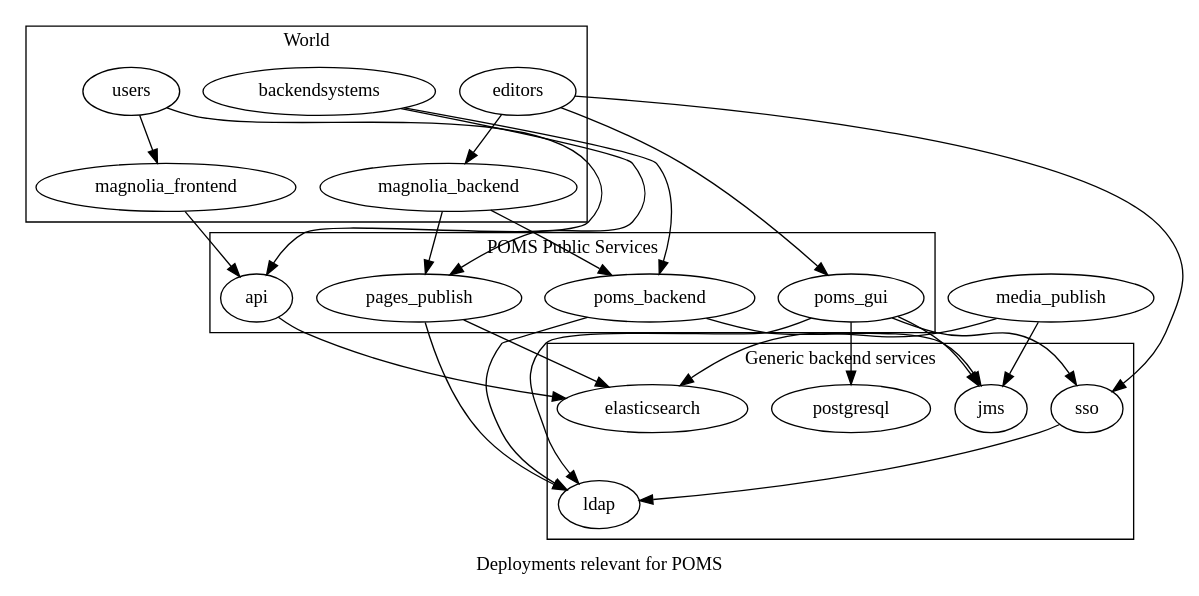
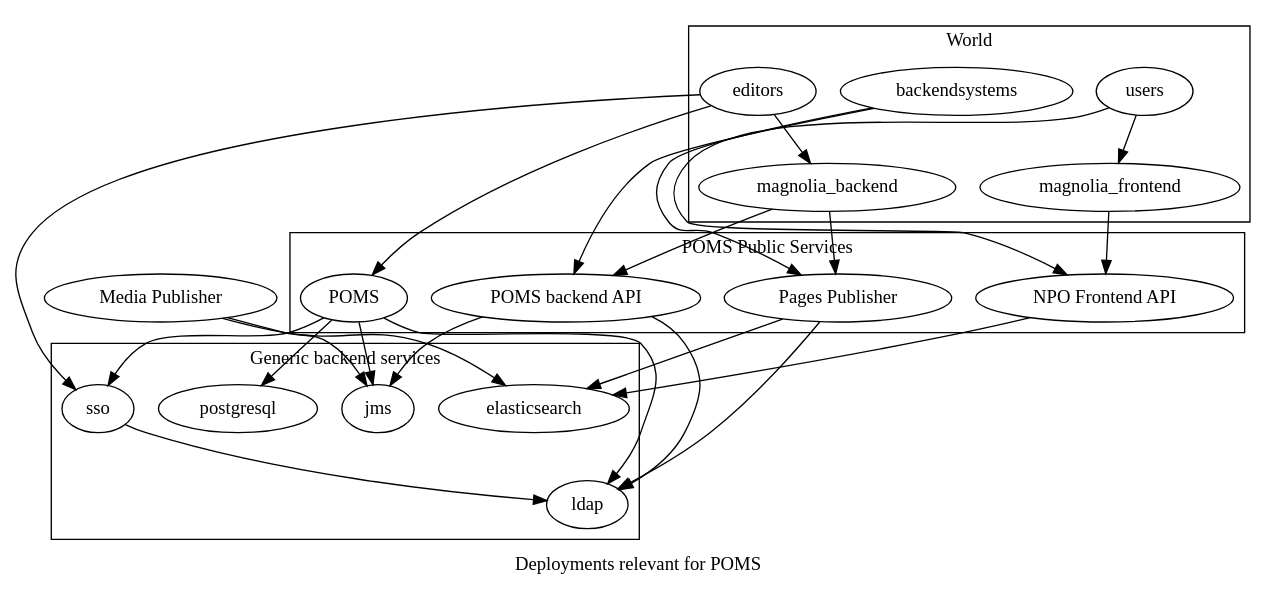
One commit to npo-poms/poms-parent changed the diagram in poms-deployment.dot. Above: the diagram before and after it, drawn with Graphviz. The commit also changed 5 other files, not shown here.

```diff
--- a/poms-deployment.dot
+++ b/poms-deployment.dot
@@ -1,50 +1,54 @@
-/*
+digraph poms_universe {
+
+    label="Deployments relevant for POMS";
+
+    poms_gui [ label="POMS" href="https://poms.omroep.nl/"];
+    poms_backend [ label="POMS backend API" href="https://api.poms.omroep.nl/"];
+    api [ label = "NPO Frontend API" href="https://rs.poms.omroep.nl/"];
+    pages_publish [ label = "Pages Publisher"     href="https://publish.pages.omroep.nl/"];
+    media_publish [ label = "Media Publisher"     href="https://publish.pages.omroep.nl/"];
 
 
-*/
-digraph {
-
-    label="Deployments relevant for POMS";
     subgraph cluster_0  {
         label="Generic backend services";
         postgresql; elasticsearch; sso; jms; ldap;
     }
 
     subgraph cluster_1  {
         label="VPRO";
         magnolia_frontend; magnolia_backend;
     }
 
     subgraph cluster_1  {
         label="World";
         users; backendsystems; editors;
     }
     subgraph cluster_3  {
         label="POMS Public Services";
         poms_gui; poms_backend; pages_publish; api;
     }
 
 
    editors -> {magnolia_backend poms_gui sso}
    users -> {magnolia_frontend api}
    backendsystems -> {poms_backend  pages_publish}
 
 
     poms_gui -> { postgresql jms sso ldap }
 
     poms_backend -> { jms ldap}
 
     api -> { elasticsearch }
 
-    pages_publish -> { elasticsearch ldap}
+    pages_publish-> { elasticsearch ldap}
 
     media_publish -> { elasticsearch jms }
 
 
     magnolia_backend -> { poms_backend pages_publish };
 
     magnolia_frontend -> { api  };
 
    sso -> ldap;
 
 }
```
